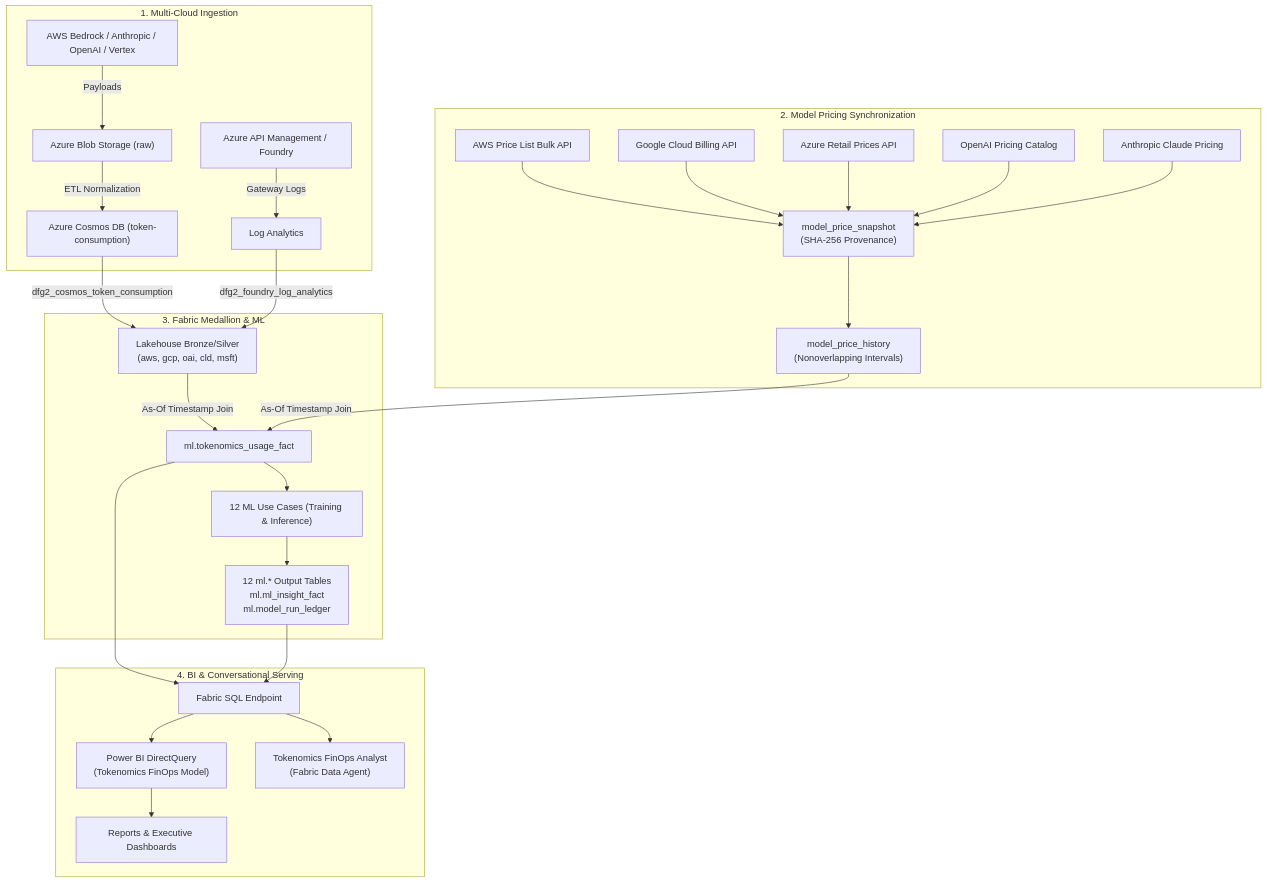
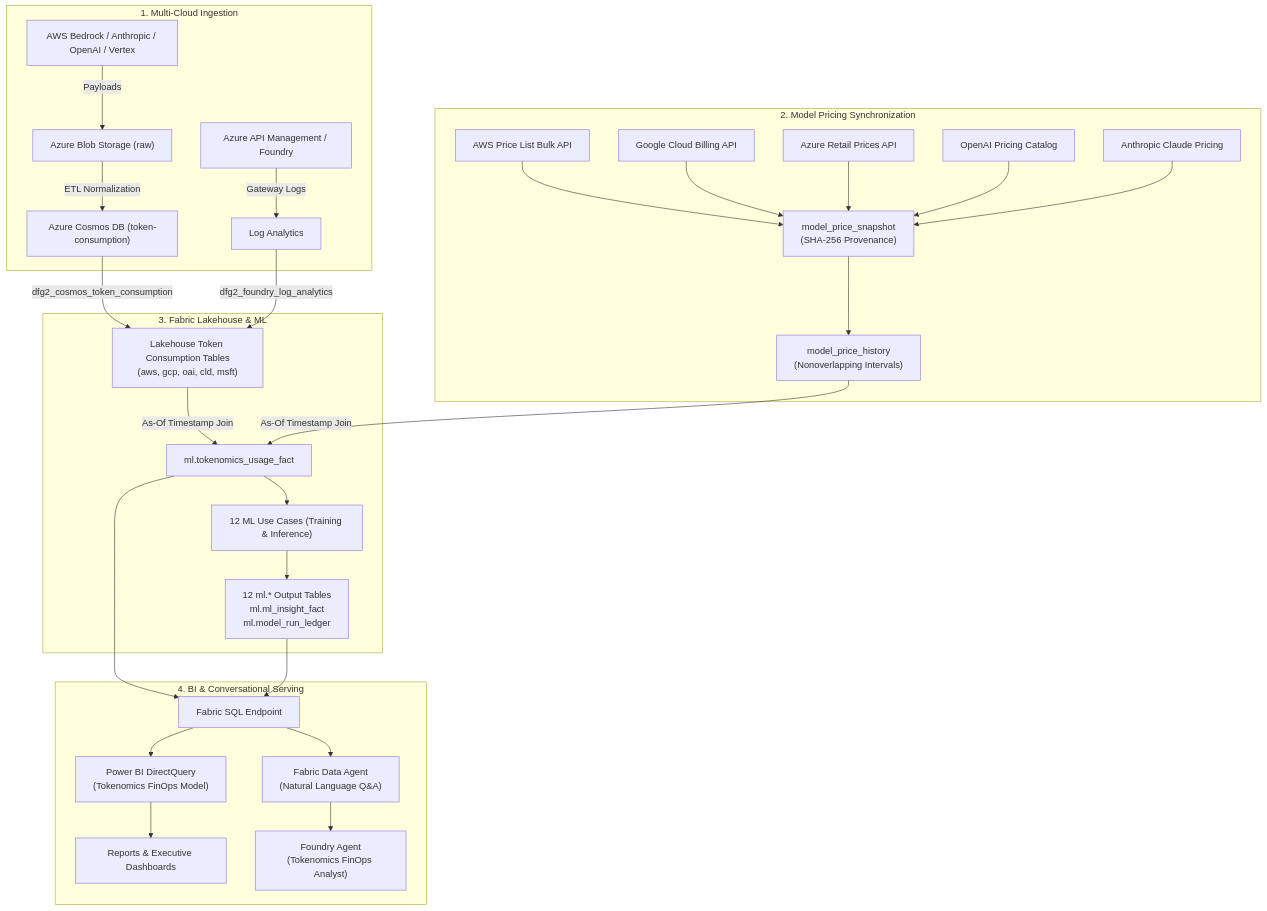
The first of 2 diagrams in README.md (csdmichael/FabricIQ-FoundryIQ-CostOps-Docs), drawn with Mermaid before and after one commit. The commit also changed other lines of this file and 1 other file, not shown here.

First line of the commit message:
docs: remove Medallion Architecture diagram, correct Foundry Agent vs Fabric Data Agent terminology

````diff
--- a/README.md
+++ b/README.md
@@ -87,32 +85,33 @@
 ```mermaid
 flowchart TD
     subgraph MultiCloud["1. Multi-Cloud Ingestion"]
         APIM["Azure API Management / Foundry"] -->|Gateway Logs| LA["Log Analytics"]
         AWS_GW["AWS Bedrock / Anthropic / OpenAI / Vertex"] -->|Payloads| RawBlob["Azure Blob Storage (raw)"]
         RawBlob -->|ETL Normalization| Cosmos["Azure Cosmos DB (token-consumption)"]
     end
 
     subgraph PricingSync["2. Model Pricing Synchronization"]
         AWS_Price["AWS Price List Bulk API"] --> Snap["model_price_snapshot\n(SHA-256 Provenance)"]
         GCP_Price["Google Cloud Billing API"] --> Snap
         Azure_Price["Azure Retail Prices API"] --> Snap
         OAI_Price["OpenAI Pricing Catalog"] --> Snap
         CLD_Price["Anthropic Claude Pricing"] --> Snap
         Snap --> RateHist["model_price_history\n(Nonoverlapping Intervals)"]
     end
 
-    subgraph FabricMedallion["3. Fabric Medallion & ML"]
-        Cosmos -->|dfg2_cosmos_token_consumption| Bronze["Lakehouse Bronze/Silver\n(aws, gcp, oai, cld, msft)"]
+    subgraph FabricLakehouse["3. Fabric Lakehouse & ML"]
+        Cosmos -->|dfg2_cosmos_token_consumption| Bronze["Lakehouse Token Consumption Tables\n(aws, gcp, oai, cld, msft)"]
         LA -->|dfg2_foundry_log_analytics| Bronze
         Bronze & RateHist -->|As-Of Timestamp Join| Fact["ml.tokenomics_usage_fact"]
         Fact --> ML["12 ML Use Cases (Training & Inference)"]
         ML --> MLTables["12 ml.* Output Tables\nml.ml_insight_fact\nml.model_run_ledger"]
     end
 
     subgraph Serving["4. BI & Conversational Serving"]
         Fact & MLTables --> SQL["Fabric SQL Endpoint"]
         SQL --> DirectQuery["Power BI DirectQuery\n(Tokenomics FinOps Model)"]
         DirectQuery --> Dashboards["Reports & Executive Dashboards"]
-        SQL --> DataAgent["Tokenomics FinOps Analyst\n(Fabric Data Agent)"]
+        SQL --> FabricDA["Fabric Data Agent\n(Natural Language Q&A)"]
+        FabricDA --> DataAgent["Foundry Agent\n(Tokenomics FinOps Analyst)"]
     end
 ```
````
